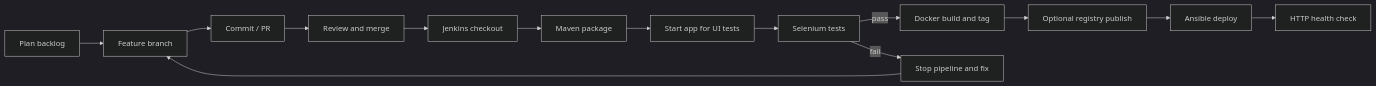
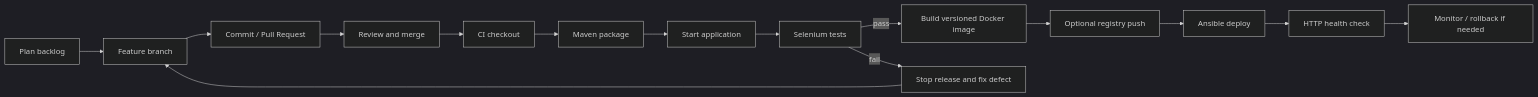
Before and after one commit to ahireharshad/consumer-complaint-portal-devops: the diagram in docs/DEVOPS_WORKFLOW.md, drawn with Mermaid (dark theme). The commit also changed other lines of this file, not shown here.

Commit message:
docs: expand DevOps workflow and operations runbook

````diff
--- a/docs/DEVOPS_WORKFLOW.md
+++ b/docs/DEVOPS_WORKFLOW.md
@@ -3,16 +4,17 @@
 ```mermaid
 flowchart LR
- A[Plan backlog] --> B[Feature branch]
- B --> C[Commit / PR]
- C --> D[Review and merge]
- D --> E[Jenkins checkout]
- E --> F[Maven package]
- F --> G[Start app for UI tests]
- G --> H[Selenium tests]
- H -->|pass| I[Docker build and tag]
- I --> J[Optional registry publish]
- J --> K[Ansible deploy]
- K --> L[HTTP health check]
- H -->|fail| M[Stop pipeline and fix]
- M --> B
+  A[Plan backlog] --> B[Feature branch]
+  B --> C[Commit / Pull Request]
+  C --> D[Review and merge]
+  D --> E[CI checkout]
+  E --> F[Maven package]
+  F --> G[Start application]
+  G --> H[Selenium tests]
+  H -->|pass| I[Build versioned Docker image]
+  I --> J[Optional registry push]
+  J --> K[Ansible deploy]
+  K --> L[HTTP health check]
+  H -->|fail| M[Stop release and fix defect]
+  M --> B
+  L --> N[Monitor / rollback if needed]
 ```
````
